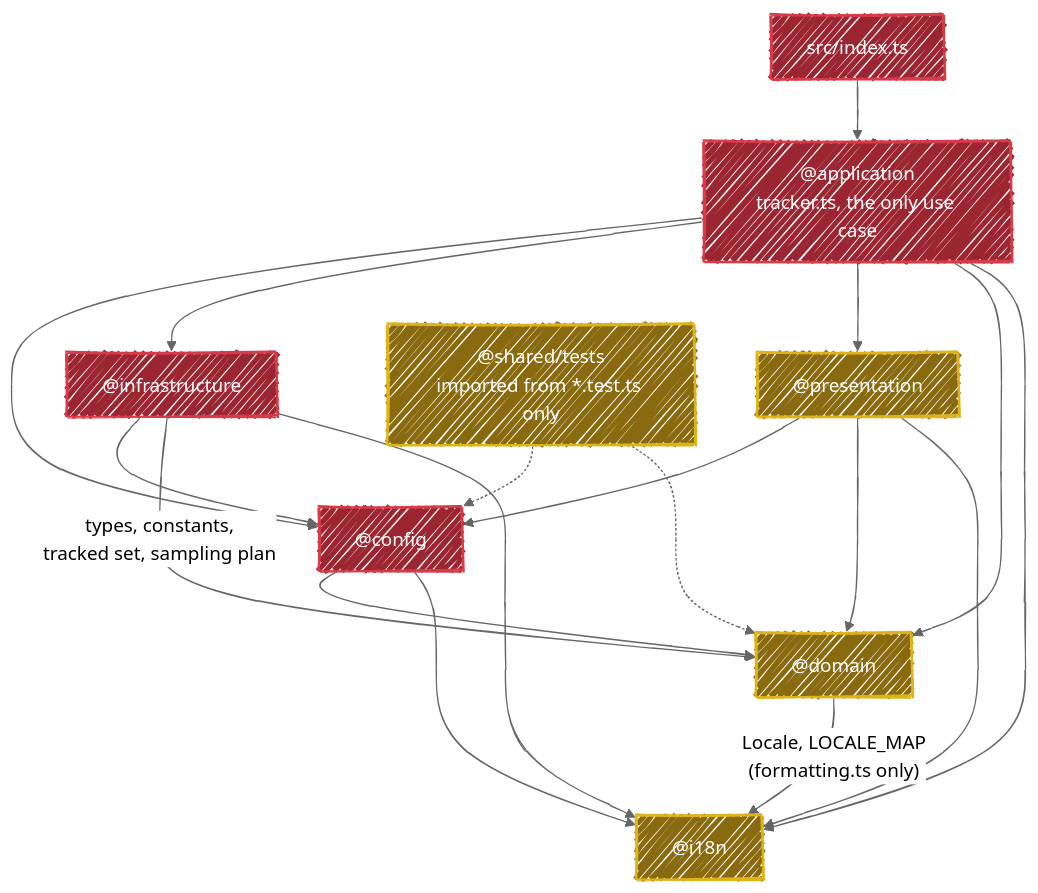
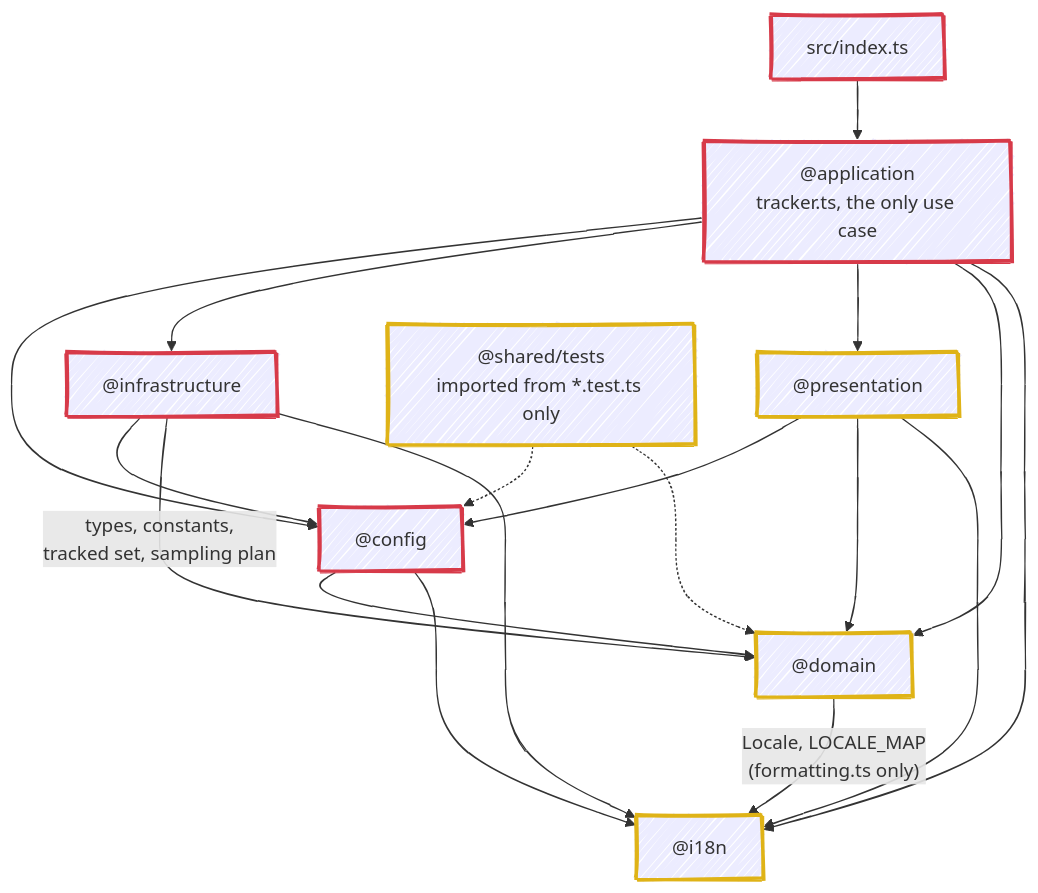
Before and after one commit to fbuireu/github-star-tracker: the diagram in ARCHITECTURE.md, drawn with Mermaid. The commit also changed 3 other files, not shown here.

First line of the commit message:
docs: make handDrawn diagrams readable in both colour modes

````diff
--- a/ARCHITECTURE.md
+++ b/ARCHITECTURE.md
@@ -18,33 +18,32 @@
 ```mermaid
 ---
 config:
   look: handDrawn
-  theme: neutral
 ---
 flowchart TD
     idx["src/index.ts"] --> app["@application<br/>tracker.ts, the only use case"]
 
     app --> cfg["@config"]
     app --> infra["@infrastructure"]
     app --> pres["@presentation"]
     app --> dom["@domain"]
     app --> i18n["@i18n"]
 
     cfg --> dom
     cfg --> i18n
     pres --> cfg
     pres --> dom
     pres --> i18n
     infra --> cfg
     infra -->|types, constants,<br/>tracked set, sampling plan| dom
     infra --> i18n
     dom -->|"Locale, LOCALE_MAP<br/>(formatting.ts only)"| i18n
 
     test["@shared/tests<br/>imported from *.test.ts only"] -.-> cfg
     test -.-> dom
 
-    classDef pure fill:#8a6a0f,stroke:#dfb317,stroke-width:2px,color:#fff
-    classDef shell fill:#9b2530,stroke:#d73a49,stroke-width:2px,color:#fff
+    classDef pure stroke:#dfb317,stroke-width:3px
+    classDef shell stroke:#d73a49,stroke-width:3px
     class dom,pres,i18n,test pure
     class idx,app,cfg,infra shell
 ```
````
